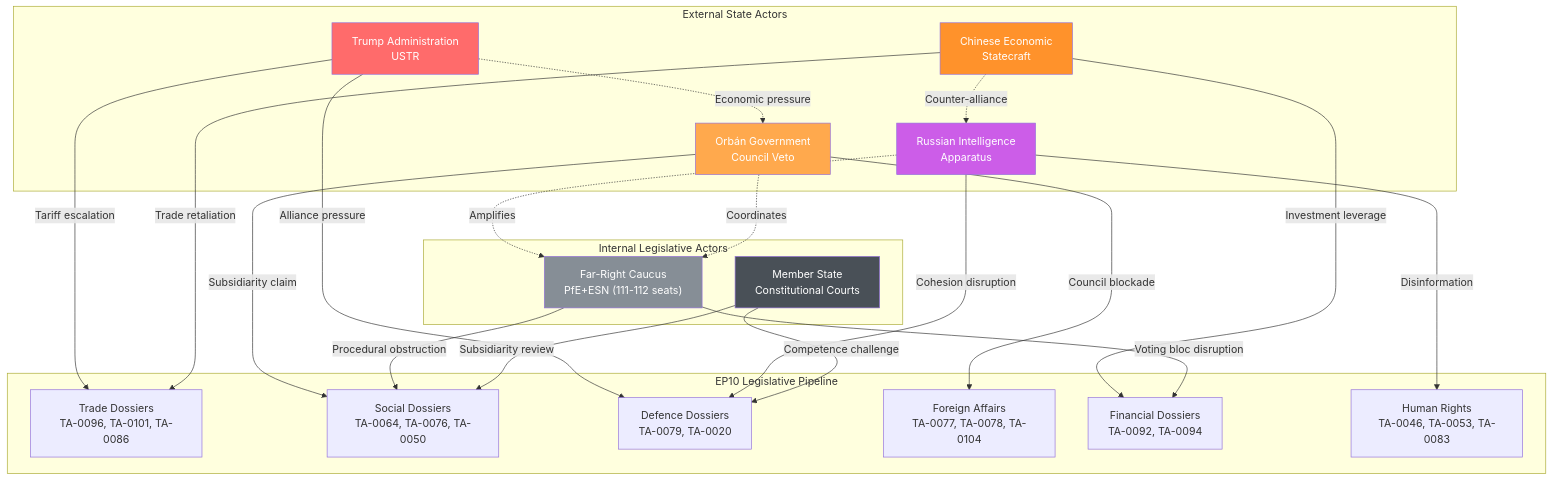
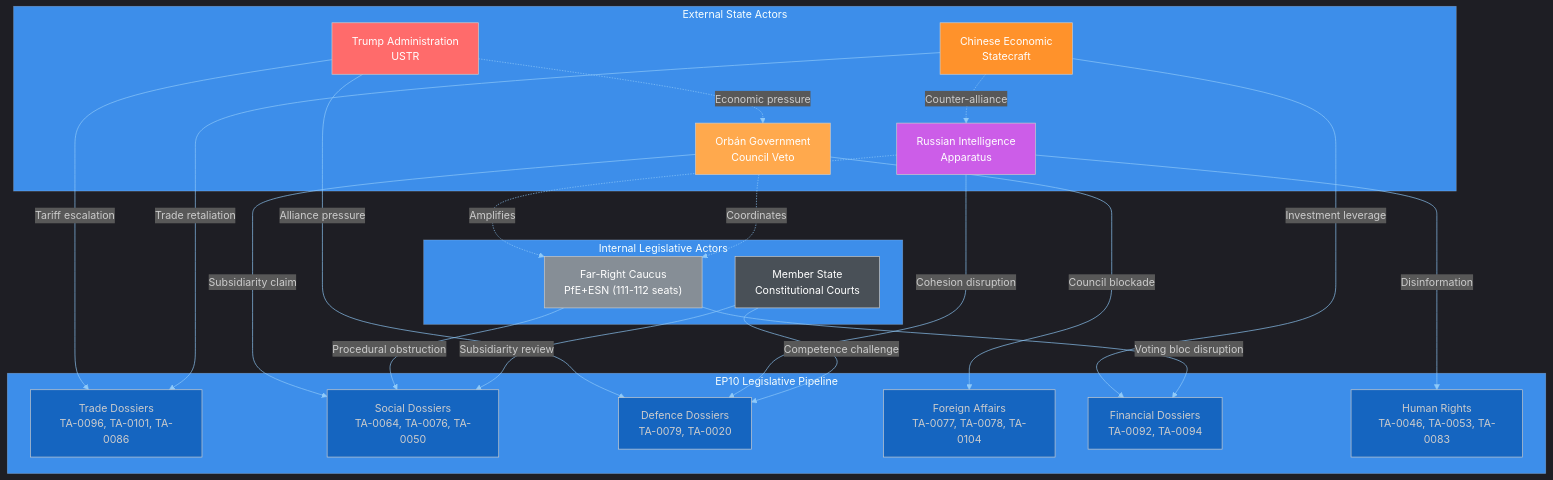
One commit to Hack23/euparliamentmonitor changed the first of 2 diagrams in analysis/daily/2026-04-20/motions-run46/threat-assessment/actor-threat-profiles.md. Above: the diagram before and after it, drawn with Mermaid. The commit also changed 6 other files, not shown here.

First line of the commit message:
fix(analysis): address reviewer feedback — add Mermaid init blocks, SPDX headers, fix 360→361 threshold, MEDIUM confidence

````diff
--- a/analysis/daily/2026-04-20/motions-run46/threat-assessment/actor-threat-profiles.md
+++ b/analysis/daily/2026-04-20/motions-run46/threat-assessment/actor-threat-profiles.md
@@ -12,48 +12,49 @@
 ```mermaid
+%%{init: {"theme":"dark","themeVariables":{"primaryColor":"#1565C0","primaryTextColor":"#ffffff","primaryBorderColor":"#0A3F7F","lineColor":"#90CAF9","secondaryColor":"#2E7D32","secondaryTextColor":"#ffffff","secondaryBorderColor":"#0F3F00","tertiaryColor":"#FF9800","tertiaryTextColor":"#000000","tertiaryBorderColor":"#7F4F00","mainBkg":"#1565C0","secondBkg":"#2E7D32","tertiaryBkg":"#FF9800","noteBkgColor":"#FFC107","noteTextColor":"#000000","noteBorderColor":"#7F6000","errorBkgColor":"#D32F2F","errorTextColor":"#ffffff","fontFamily":"Inter, Helvetica, Arial, sans-serif","pie1":"#1565C0","pie2":"#2E7D32","pie3":"#FF9800","pie4":"#D32F2F","pie5":"#FFC107","pie6":"#7B1FA2","pie7":"#9E9E9E","pie8":"#0288D1","cScale0":"#1565C0","cScale1":"#2E7D32","cScale2":"#FF9800","cScale3":"#D32F2F","cScale4":"#FFC107","cScale5":"#7B1FA2","cScale6":"#9E9E9E","cScale7":"#0288D1","xyChart":{"backgroundColor":"#1e1e1e","plotColorPalette":"#1565C0,#2E7D32,#FF9800,#D32F2F,#FFC107,#7B1FA2,#9E9E9E"}}}}%%
 graph TB
     subgraph External State Actors
         USTR["Trump Administration<br/>USTR"]
         HUN["Orbán Government<br/>Council Veto"]
         RUS["Russian Intelligence<br/>Apparatus"]
         CHN["Chinese Economic<br/>Statecraft"]
     end
 
     subgraph Internal Legislative Actors
         PfE_ESN["Far-Right Caucus<br/>PfE+ESN (111-112 seats)"]
         COURTS["Member State<br/>Constitutional Courts"]
     end
 
     subgraph EP10 Legislative Pipeline
         TRADE["Trade Dossiers<br/>TA-0096, TA-0101, TA-0086"]
         SOCIAL["Social Dossiers<br/>TA-0064, TA-0076, TA-0050"]
         DEFENCE["Defence Dossiers<br/>TA-0079, TA-0020"]
         FOREIGN["Foreign Affairs<br/>TA-0077, TA-0078, TA-0104"]
         FINANCIAL["Financial Dossiers<br/>TA-0092, TA-0094"]
         HR["Human Rights<br/>TA-0046, TA-0053, TA-0083"]
     end
 
     USTR -->|"Tariff escalation"| TRADE
     USTR -->|"Alliance pressure"| DEFENCE
     HUN -->|"Council blockade"| FOREIGN
     HUN -->|"Subsidiarity claim"| SOCIAL
     RUS -->|"Disinformation"| HR
     RUS -->|"Cohesion disruption"| DEFENCE
     CHN -->|"Trade retaliation"| TRADE
     CHN -->|"Investment leverage"| FINANCIAL
     PfE_ESN -->|"Procedural obstruction"| SOCIAL
     PfE_ESN -->|"Voting bloc disruption"| FINANCIAL
     COURTS -->|"Subsidiarity review"| SOCIAL
     COURTS -->|"Competence challenge"| DEFENCE
 
     RUS -.->|"Amplifies"| PfE_ESN
     HUN -.->|"Coordinates"| PfE_ESN
     USTR -.->|"Economic pressure"| HUN
     CHN -.->|"Counter-alliance"| RUS
 
     style USTR fill:#ff6b6b,color:#fff
     style HUN fill:#ffa94d,color:#fff
     style RUS fill:#cc5de8,color:#fff
     style CHN fill:#ff922b,color:#fff
     style PfE_ESN fill:#868e96,color:#fff
     style COURTS fill:#495057,color:#fff
 ```
````
